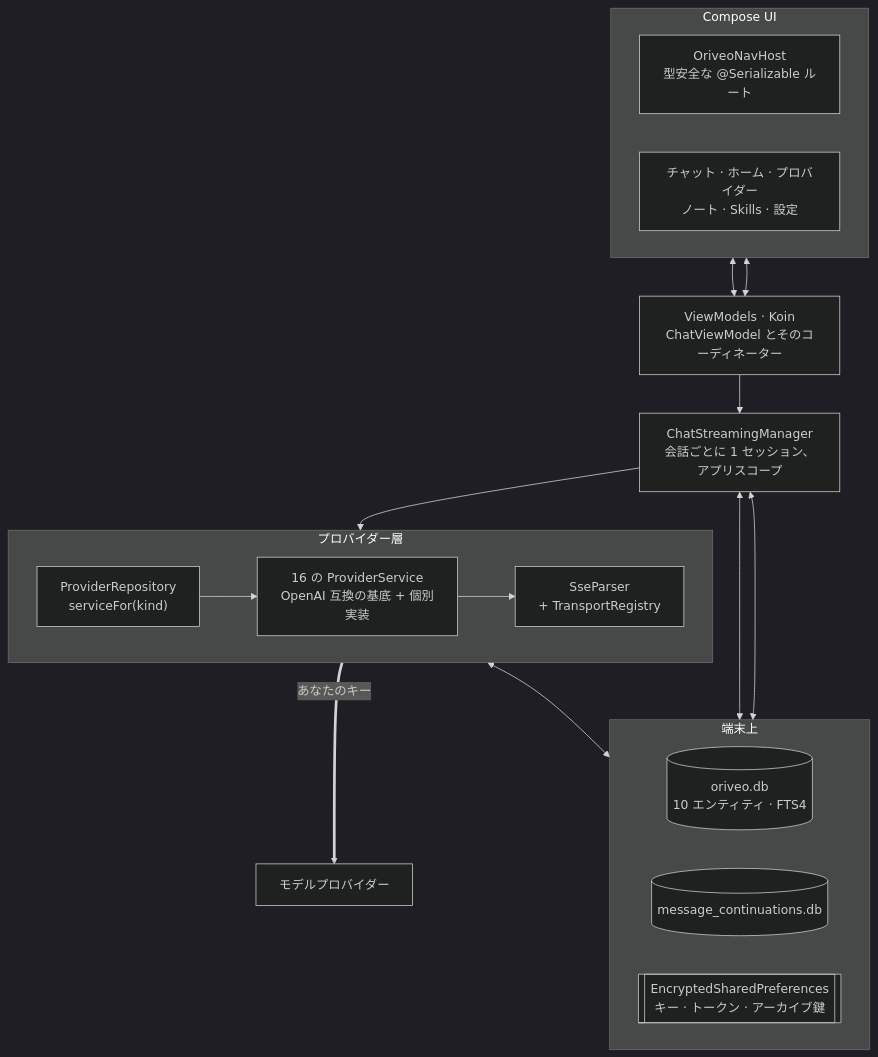
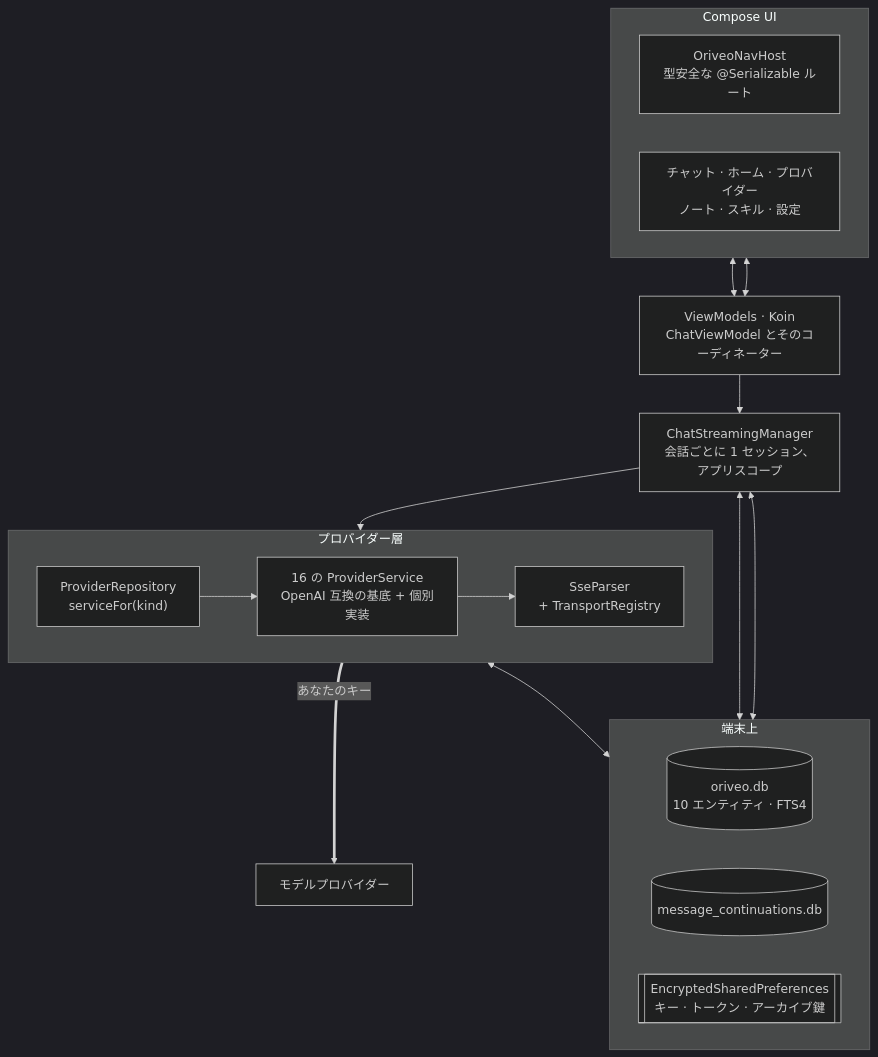
Before and after one commit to oriveo/oriveo: the diagram in readme_i18n/ja/android.md, drawn with Mermaid (dark theme). The commit also changed other lines of this file and 89 other files, not shown here.

````diff
--- a/readme_i18n/ja/android.md
+++ b/readme_i18n/ja/android.md
@@ -47,34 +47,34 @@
 ```mermaid
 flowchart TB
     subgraph ui ["Compose UI"]
         direction LR
         nav["OriveoNavHost<br/>型安全な @Serializable ルート"]
-        screens["チャット · ホーム · プロバイダー<br/>ノート · Skills · 設定"]
+        screens["チャット · ホーム · プロバイダー<br/>ノート · スキル · 設定"]
     end
 
     vms["ViewModels · Koin<br/>ChatViewModel とそのコーディネーター"]
 
     streaming["ChatStreamingManager<br/>会話ごとに 1 セッション、アプリスコープ"]
 
     subgraph data ["端末上"]
         direction LR
         room[("oriveo.db<br/>10 エンティティ · FTS4")]
         cont[("message_continuations.db")]
         keys[["EncryptedSharedPreferences<br/>キー · トークン · アーカイブ鍵"]]
     end
 
     subgraph net ["プロバイダー層"]
         direction LR
         repo["ProviderRepository<br/>serviceFor(kind)"]
         svc["16 の ProviderService<br/>OpenAI 互換の基底 + 個別実装"]
         sse["SseParser<br/>+ TransportRegistry"]
     end
 
     nav & screens <--> vms
     vms --> streaming
     streaming --> repo
     repo --> svc --> sse
     streaming <--> room & cont
     svc <--> keys
     sse ==>|"あなたのキー"| up["モデルプロバイダー"]
 ```
````
